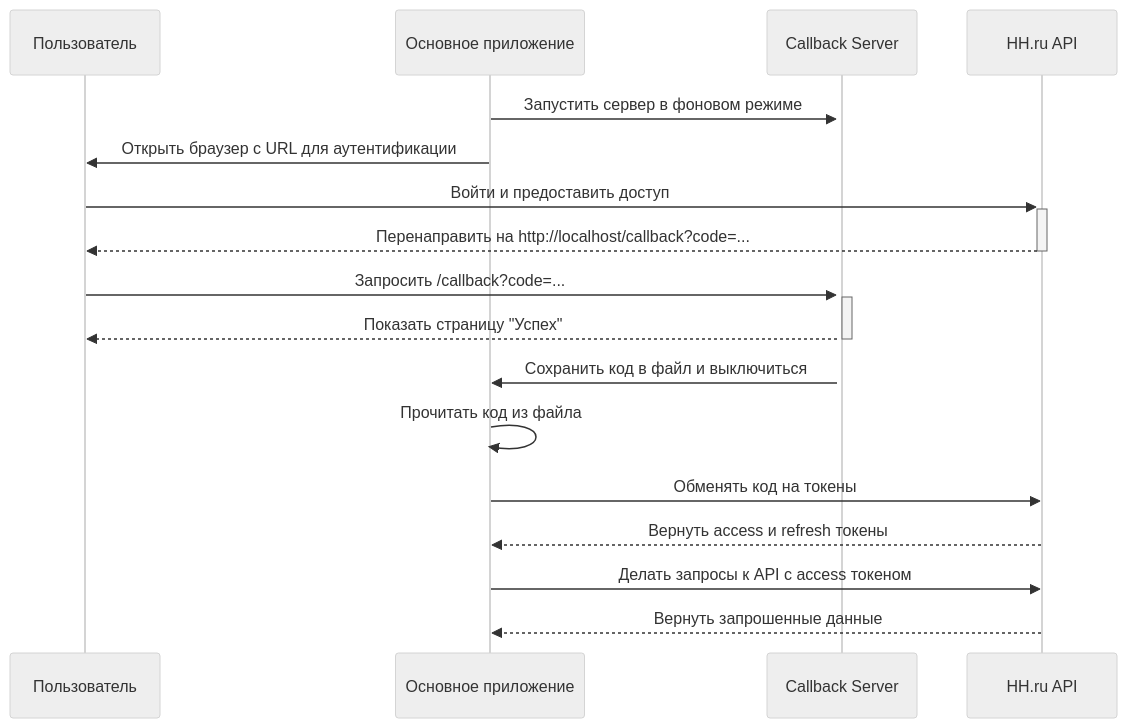
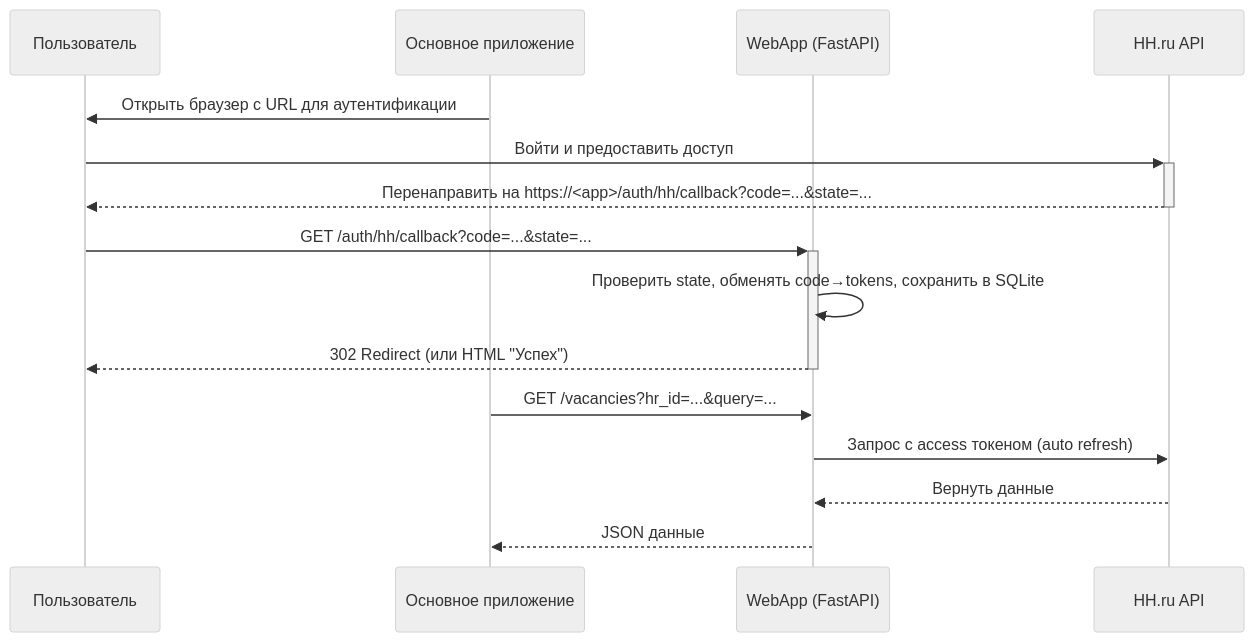
One commit to Maskedxxx/refactor_gpt_4_mini_hackaton_final changed the diagram in docs/architecture/overview.md. Above: the diagram before and after it, drawn with Mermaid (neutral theme). The commit also changed other lines of this file and 3 other files, not shown here.

First line of the commit message:
docs(webapp): add WebApp component documentation and update architecture overvie w/changelog

````diff
--- a/docs/architecture/overview.md
+++ b/docs/architecture/overview.md
@@ -17,20 +19,18 @@
 ```mermaid
 sequenceDiagram
     participant User as Пользователь
     participant App as Основное приложение
-    participant Callback as Callback Server
+    participant WebApp as WebApp (FastAPI)
     participant HH as HH.ru API
 
-    App->>+Callback: Запустить сервер в фоновом режиме
     App->>User: Открыть браузер с URL для аутентификации
     User->>+HH: Войти и предоставить доступ
-    HH-->>-User: Перенаправить на http://localhost/callback?code=...
-    User->>+Callback: Запросить /callback?code=...
-    Callback-->>-User: Показать страницу "Успех"
-    Callback->>App: Сохранить код в файл и выключиться
-    App->>App: Прочитать код из файла
-    App->>HH: Обменять код на токены
-    HH-->>App: Вернуть access и refresh токены
-    App->>HH: Делать запросы к API с access токеном
-    HH-->>App: Вернуть запрошенные данные
+    HH-->>-User: Перенаправить на https://<app>/auth/hh/callback?code=...&state=...
+    User->>+WebApp: GET /auth/hh/callback?code=...&state=...
+    WebApp->>WebApp: Проверить state, обменять code→tokens, сохранить в SQLite
+    WebApp-->>-User: 302 Redirect (или HTML "Успех")
+    App->>WebApp: GET /vacancies?hr_id=...&query=...
+    WebApp->>HH: Запрос c access токеном (auto refresh)
+    HH-->>WebApp: Вернуть данные
+    WebApp-->>App: JSON данные
 ```
````
